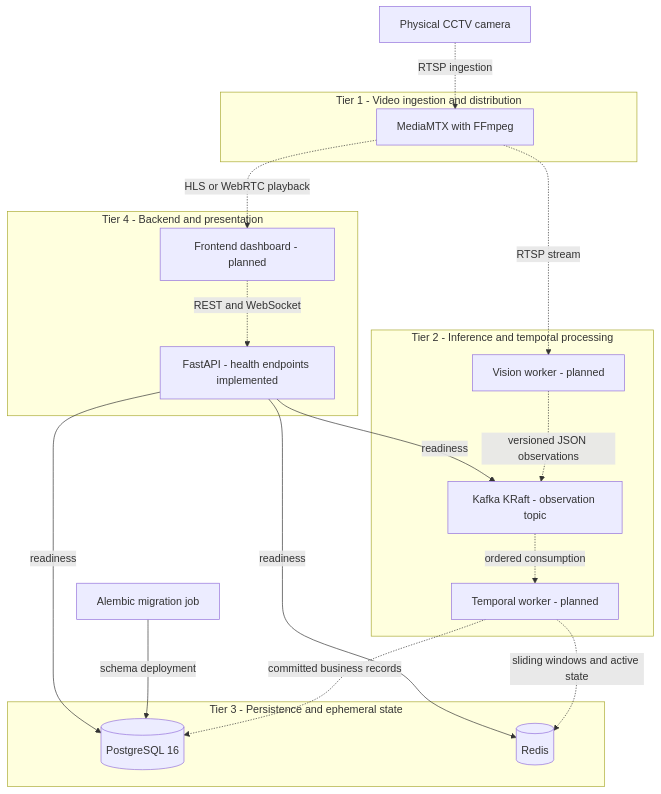
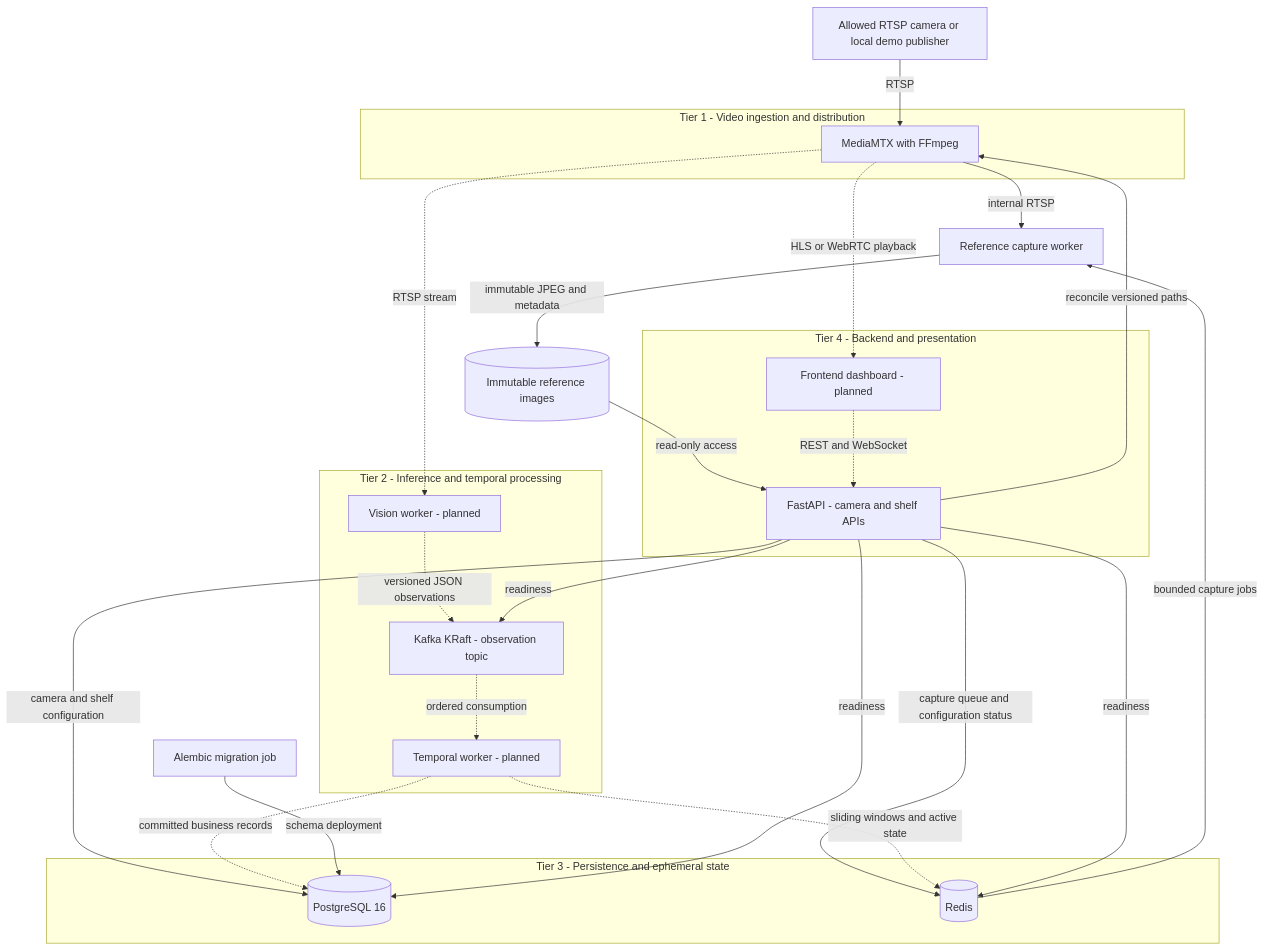
One commit to jairtonbrasil/Biomechanical-and-Multimodal-Shopper-Behavior-Analytics changed the second of 4 diagrams in README.md. Above: the diagram before and after it, drawn with Mermaid. The commit also changed other lines of this file and 38 other files, not shown here.

````diff
--- a/README.md
+++ b/README.md
@@ -255,35 +257,44 @@
 ```mermaid
 flowchart TB
-    Camera[Physical CCTV camera]
+    Camera[Allowed RTSP camera or local demo publisher]
 
     subgraph Video["Tier 1 - Video ingestion and distribution"]
         Proxy[MediaMTX with FFmpeg]
     end
     subgraph Processing["Tier 2 - Inference and temporal processing"]
         Vision[Vision worker - planned]
         Kafka[Kafka KRaft - observation topic]
         Temporal[Temporal worker - planned]
     end
     subgraph Data["Tier 3 - Persistence and ephemeral state"]
         DB[(PostgreSQL 16)]
         Redis[(Redis)]
     end
     subgraph Presentation["Tier 4 - Backend and presentation"]
-        API[FastAPI - health endpoints implemented]
+        API[FastAPI - camera and shelf APIs]
         Frontend[Frontend dashboard - planned]
     end
+    Capture[Reference capture worker]
+    References[(Immutable reference images)]
     Migrate[Alembic migration job]
 
-    Camera -. RTSP ingestion .-> Proxy
+    Camera -->|RTSP| Proxy
+    API -->|reconcile versioned paths| Proxy
+    API -->|camera and shelf configuration| DB
+    API -->|capture queue and configuration status| Redis
+    Redis -->|bounded capture jobs| Capture
+    Proxy -->|internal RTSP| Capture
+    Capture -->|immutable JPEG and metadata| References
+    References -->|read-only access| API
     Proxy -. RTSP stream .-> Vision
     Vision -. versioned JSON observations .-> Kafka
     Kafka -. ordered consumption .-> Temporal
     Temporal -. committed business records .-> DB
     Temporal -. sliding windows and active state .-> Redis
     Frontend -. REST and WebSocket .-> API
     Proxy -. HLS or WebRTC playback .-> Frontend
     Migrate -->|schema deployment| DB
     API -->|readiness| DB
     API -->|readiness| Redis
     API -->|readiness| Kafka
 ```
````
